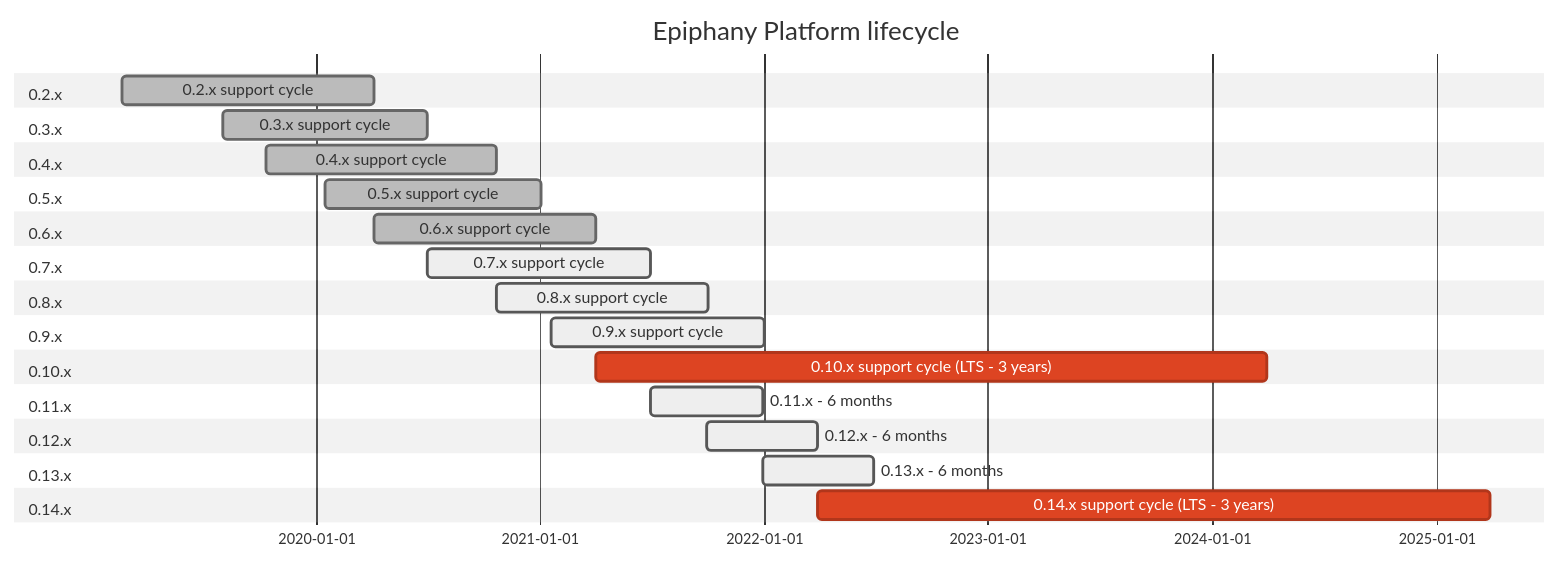
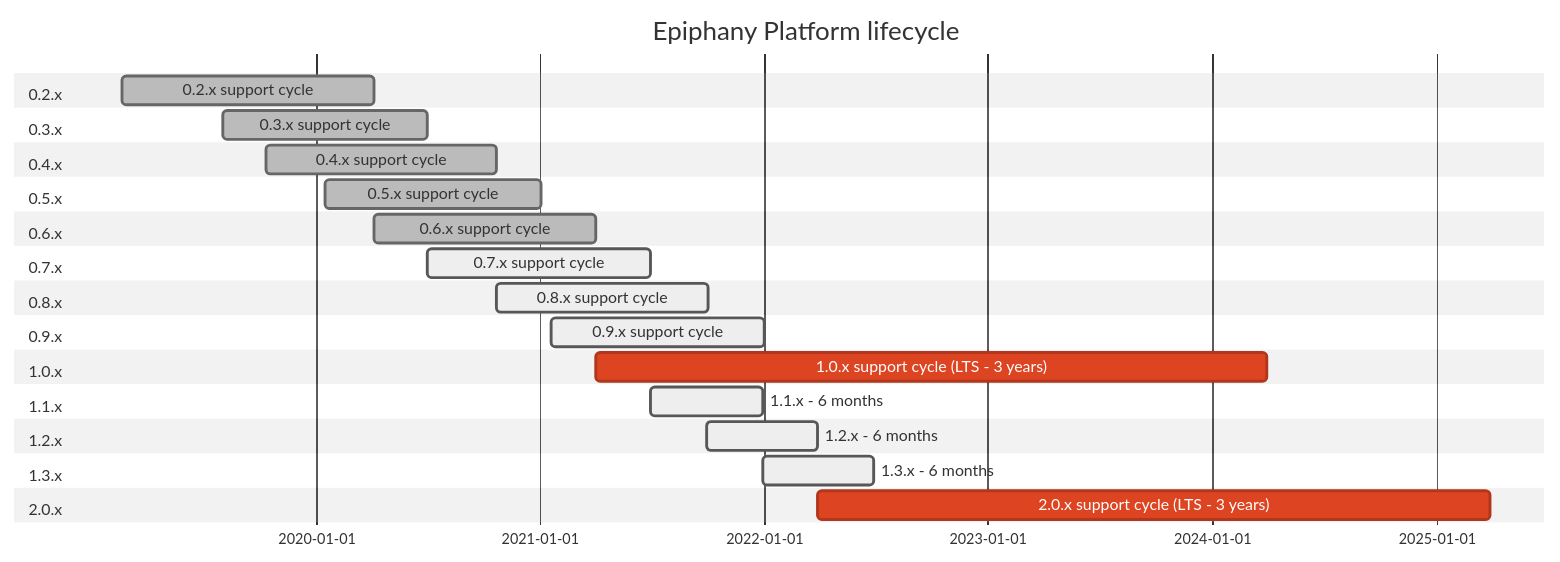
Before and after one commit to hitachienergy/epiphany: the diagram in docs/home/LIFECYCLE_GANTT.md, drawn with Mermaid (neutral theme). The commit also changed 2 other files, not shown here.

Commit message:
Lifecycle update

````diff
--- a/docs/home/LIFECYCLE_GANTT.md
+++ b/docs/home/LIFECYCLE_GANTT.md
@@ -3,31 +3,31 @@
 ```mermaid
 gantt
 title Epiphany Platform lifecycle
 dateFormat  YYYY-MM-DD
 section 0.2.x
 0.2.x support cycle     :done, 2019-02-19, 2020-04-06
 section 0.3.x
 0.3.x support cycle     :done, 2019-08-02, 2020-07-01
 section 0.4.x
 0.4.x support cycle     :done, 2019-10-11, 2020-10-22
 section 0.5.x
 0.5.x support cycle     :done, 2020-01-17, 2021-01-02
 section 0.6.x
 0.6.x support cycle     :done, 2020-04-06, 2021-04-01
 section 0.7.x
 0.7.x support cycle     :active, 2020-07-01, 2021-07-01
 section 0.8.x
 0.8.x support cycle     :active, 2020-10-22, 2021-10-01
 section 0.9.x
 0.9.x support cycle      :active, 2021-01-19, 2022-01-01
-section 0.10.x
-0.10.x support cycle (LTS - 3 years)    :crit, 2021-04-01, 2024-04-01
-section 0.11.x
-0.11.x - 6 months     :active, 2021-06-30, 2021-12-30
-section 0.12.x
-0.12.x - 6 months     :active, 2021-09-30, 2022-03-30
-section 0.13.x
-0.13.x - 6 months     :active, 2021-12-30, 2022-06-30
-section 0.14.x
-0.14.x support cycle (LTS - 3 years)     :crit, 2022-03-30, 2025-03-30
+section 1.0.x
+1.0.x support cycle (LTS - 3 years)    :crit, 2021-04-01, 2024-04-01
+section 1.1.x
+1.1.x - 6 months     :active, 2021-06-30, 2021-12-30
+section 1.2.x
+1.2.x - 6 months     :active, 2021-09-30, 2022-03-30
+section 1.3.x
+1.3.x - 6 months     :active, 2021-12-30, 2022-06-30
+section 2.0.x
+2.0.x support cycle (LTS - 3 years)     :crit, 2022-03-30, 2025-03-30
 ```
````
